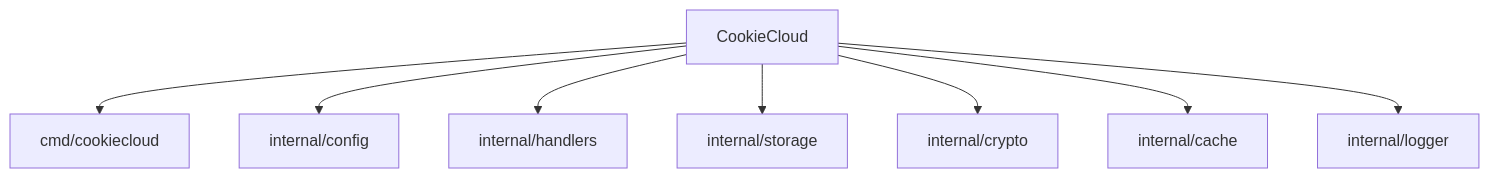
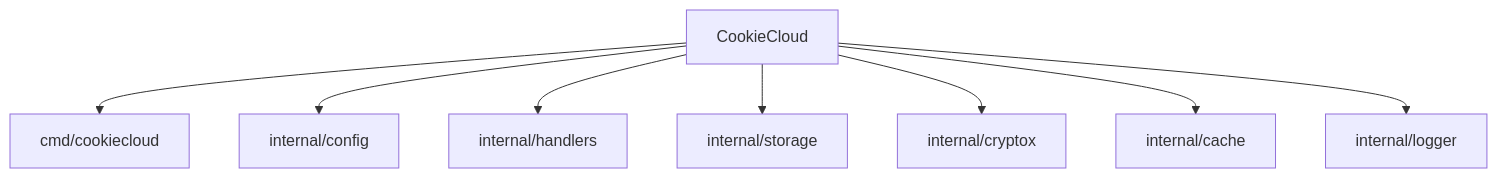
Before and after one commit to 782042369/CookieCloud: the diagram in CLAUDE.md, drawn with Mermaid. The commit also changed other lines of this file and 7 other files, not shown here.

````diff
--- a/CLAUDE.md
+++ b/CLAUDE.md
@@ -21,18 +21,18 @@
 ```mermaid
 graph TD
     A["CookieCloud"] --> B["cmd/cookiecloud"];
     A --> C["internal/config"];
     A --> D["internal/handlers"];
     A --> E["internal/storage"];
-    A --> F["internal/crypto"];
+    A --> F["internal/cryptox"];
     A --> G["internal/cache"];
     A --> H["internal/logger"];
 
-    click B "./cmd/cookiecloud/CLAUDE.md" "应用入口"
-    click C "./internal/config/CLAUDE.md" "配置管理"
-    click D "./internal/handlers/CLAUDE.md" "HTTP 处理器"
-    click E "./internal/storage/CLAUDE.md" "数据持久化"
-    click F "./internal/crypto/CLAUDE.md" "加密解密"
-    click G "./internal/cache/CLAUDE.md" "内存缓存"
-    click H "./internal/logger/CLAUDE.md" "结构化日志"
+    click B "./cmd/cookiecloud/main.go" "查看应用入口"
+    click C "./internal/config/config.go" "查看配置管理"
+    click D "./internal/handlers/handlers.go" "查看 HTTP 处理器"
+    click E "./internal/storage/storage.go" "查看数据持久化"
+    click F "./internal/cryptox/crypto.go" "查看加密解密"
+    click G "./internal/cache/cache.go" "查看内存缓存"
+    click H "./internal/logger/logger.go" "查看结构化日志"
 ```
````
